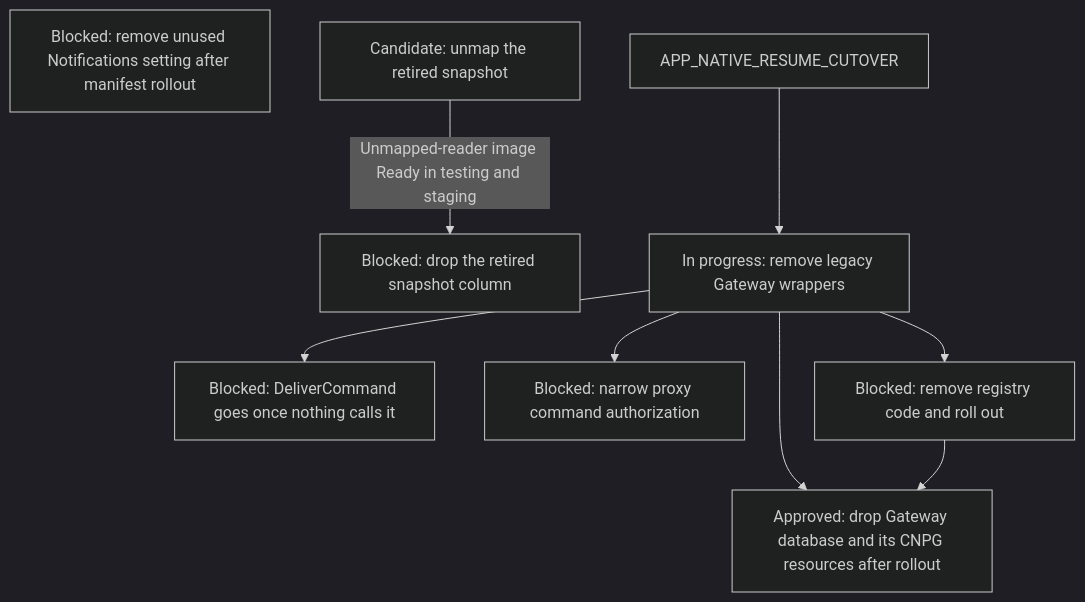
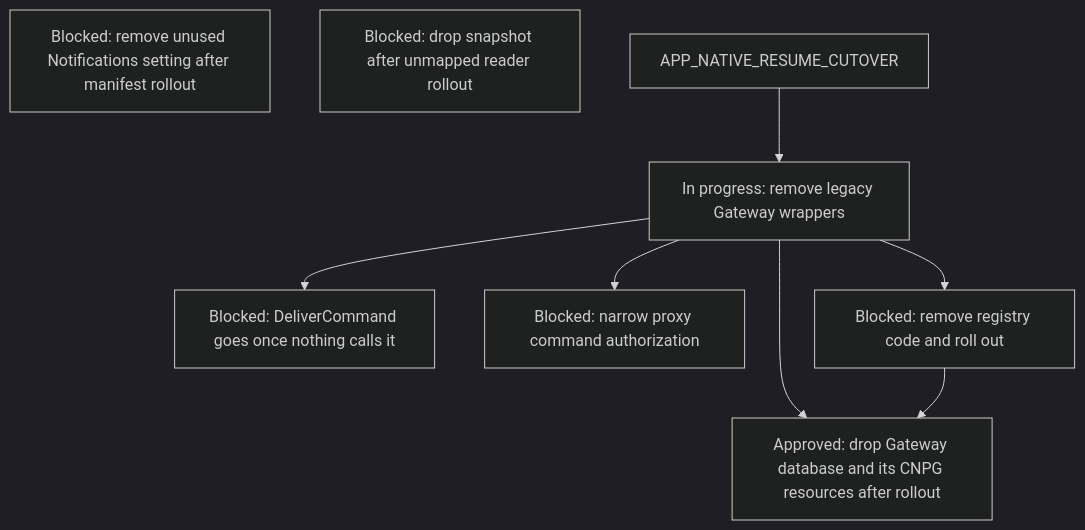
One commit to agentydragon-agent/ducktape changed diagram 15 of 16 in agentplane/plans/task_dag.md. Above: the diagram before and after it, drawn with Mermaid (dark theme). The commit also changed other lines of this file and 1 other file, not shown here.

First line of the commit message:
Unmap retired Dispatcher opening attachment snapshot (#10711)

````diff
--- a/agentplane/plans/task_dag.md
+++ b/agentplane/plans/task_dag.md
@@ -1300,17 +1300,16 @@
 ```mermaid
 flowchart TD
     RUNNER_COMMAND_RPCS[Blocked: DeliverCommand goes once nothing calls it]
     NOTIFICATION_GATEWAY_TARGET_READER_RETIRE[Blocked: remove unused Notifications setting after manifest rollout]
-    DISPATCHER_OPENING_ATTACHED_READ_RETIRE[Candidate: unmap the retired snapshot]
-    DISPATCHER_OPENING_ATTACHED_READ_RETIRE -->|Unmapped-reader image Ready in testing and staging| DISPATCHER_OPENING_ATTACHED_COLUMN_DROP[Blocked: drop the retired snapshot column]
+    DISPATCHER_OPENING_ATTACHED_COLUMN_DROP[Blocked: drop snapshot after unmapped reader rollout]
     GATEWAY_WRAPPER_RETIRE --> RUNNER_COMMAND_RPCS
     GATEWAY_WRAPPER_RETIRE[In progress: remove legacy Gateway wrappers]
     APP_NATIVE_RESUME_CUTOVER --> GATEWAY_WRAPPER_RETIRE
     GATEWAY_DATABASE_DROP[Approved: drop Gateway database and its CNPG resources after rollout]
     PROXY_START_METHODS_DISPATCHER_ONLY[Blocked: narrow proxy command authorization]
     GATEWAY_WRAPPER_RETIRE --> PROXY_START_METHODS_DISPATCHER_ONLY
     GATEWAY_WRAPPER_RETIRE --> GATEWAY_DATABASE_DROP
     GATEWAY_SESSION_REGISTRY_RETIRE[Blocked: remove registry code and roll out]
     GATEWAY_WRAPPER_RETIRE --> GATEWAY_SESSION_REGISTRY_RETIRE
     GATEWAY_SESSION_REGISTRY_RETIRE --> GATEWAY_DATABASE_DROP
 ```
````
